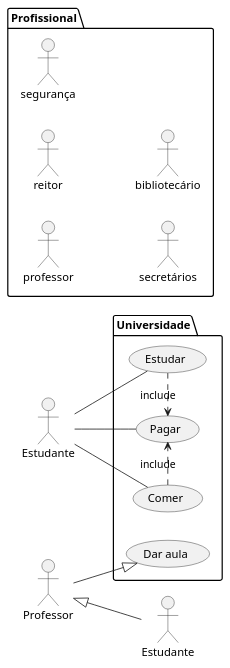
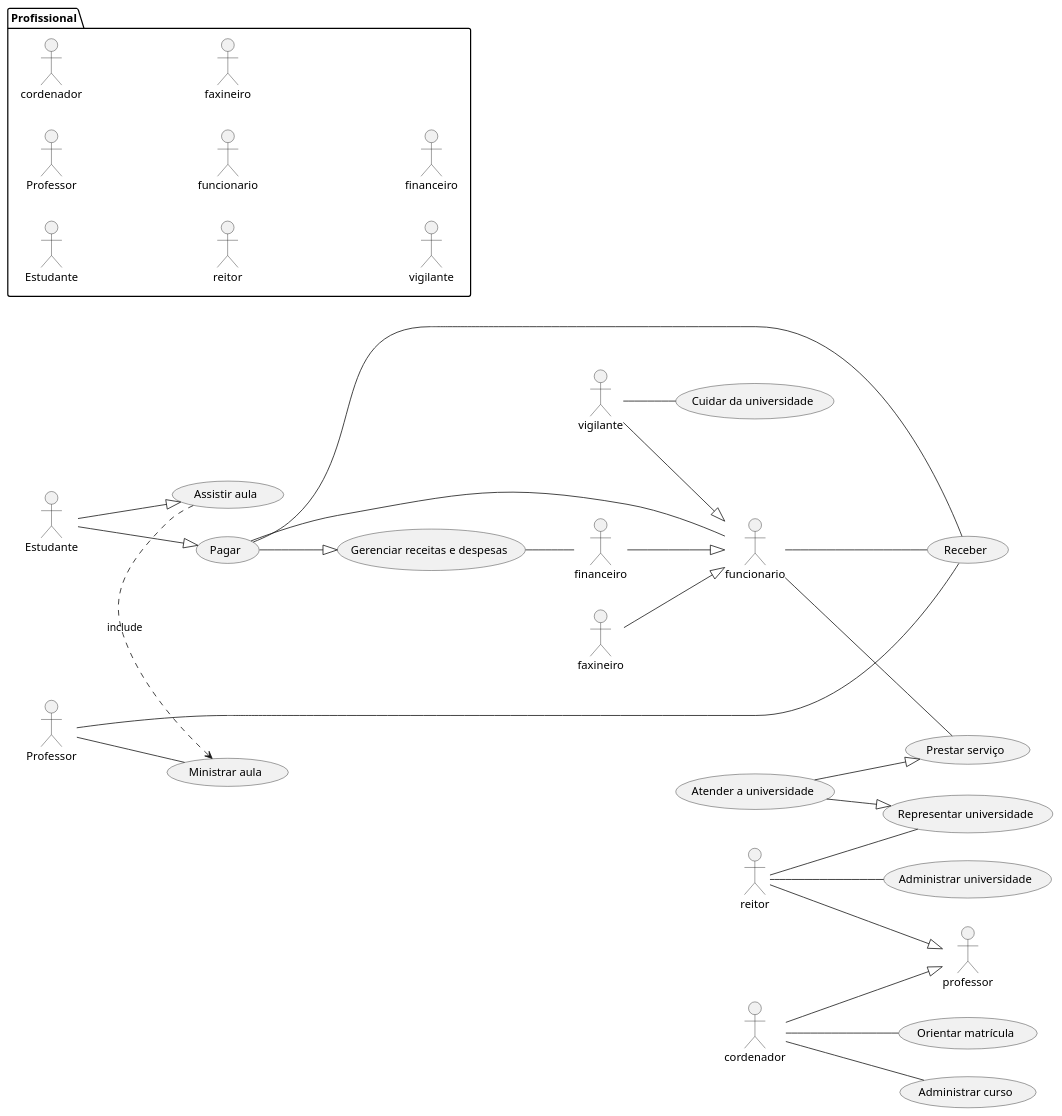
Before and after one commit to efarfus/Eng-Software-1: the diagram in Universidade.puml, drawn with PlantUML. The commit also changed 1 other file, not shown here.

Commit message:
Universidade PUML com use cases e PNG
Aula 26/04/2023

```diff
--- a/Universidade.puml
+++ b/Universidade.puml
@@ -1,26 +1,57 @@
 @startuml universidade
 /'Casos de usos do sistema de uma universidade'/
 left to right direction
-actor Estudante as c
+
 package Profissional {
-  actor professor as g
+  actor Estudante as c
+  actor Professor as g
+  actor cordenador as ç
   actor reitor as h
-  actor segurança as j
-  actor secretários as k
-  actor bibliotecário as l
+  actor funcionario as j
+  actor faxineiro as k
+  actor vigilante as l
+  actor financeiro as p
   
 }
-package Universidade {
-  usecase "Estudar" as UC1
-  usecase "Pagar" as UC2
-  usecase "Comer" as UC3
-  usecase "Dar aula" as UC4
-  (UC1) .> (UC2) : include
-  (UC3) .> (UC2) : include
-}
-Professor --|> UC4
-c -- UC1
-c -- UC2
-c -- UC3 
-Professor <|-- Estudante
+
+usecase "Ministrar aula" as UC1
+usecase "Assistir aula" as UC2
+usecase "Orientar matrícula" as UC3
+usecase "Administrar curso" as UC4
+usecase "Administrar universidade" as UC5
+usecase "Representar universidade" as UC6
+usecase "Prestar serviço" as UC7
+usecase "Atender a universidade" as UC8
+usecase "Gerenciar receitas e despesas" as UC9
+usecase "Pagar" as UC10
+usecase "Receber" as UC11
+usecase "Cuidar da universidade" as UC12
+
+
+(UC2) .> (UC1) : include
+
+Professor -- UC1
+Professor -- UC11
+cordenador -- UC3
+cordenador -- UC4
+cordenador --|> professor
+reitor --|> professor
+reitor -- UC5
+reitor -- UC6
+
+Estudante --|> UC2 
+Estudante --|> UC10
+funcionario -- UC10
+funcionario -- UC7
+funcionario -- UC11
+vigilante -- UC12
+vigilante --|> funcionario
+faxineiro --|> funcionario
+financeiro --|> funcionario
+UC9 -- financeiro
+UC8 --|> UC6
+UC8  --|> UC7
+UC10 -- UC11
+UC10 --|> UC9
+
 @enduml
```
